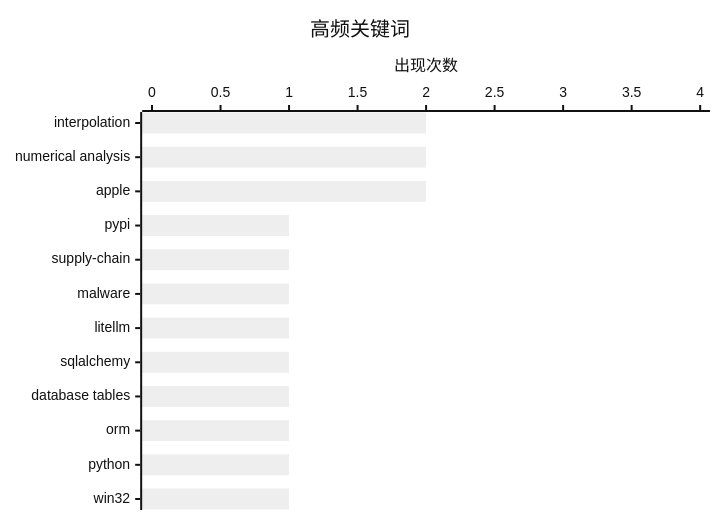
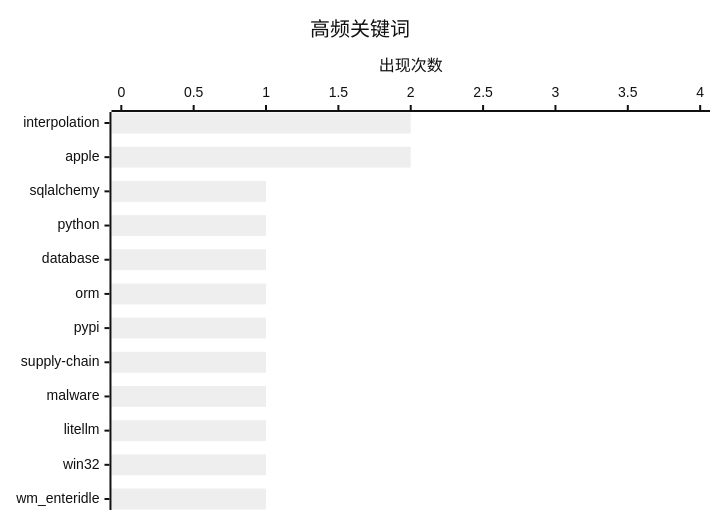
One commit to originem0/SZBlog changed the second of 2 diagrams in content/ai-daily/2026-03-27.md. Above: the diagram before and after it, drawn with Mermaid (neutral theme). The commit also changed other lines of this file, not shown here.

````diff
--- a/content/ai-daily/2026-03-27.md
+++ b/content/ai-daily/2026-03-27.md
@@ -69,7 +68,7 @@
 ```mermaid
 xychart-beta horizontal
     title "高频关键词"
-    x-axis ["interpolation", "numerical analysis", "apple", "pypi", "supply-chain", "malware", "litellm", "sqlalchemy", "database tables", "orm", "python", "win32"]
+    x-axis ["interpolation", "apple", "sqlalchemy", "python", "database", "orm", "pypi", "supply-chain", "malware", "litellm", "win32", "wm_enteridle"]
     y-axis "出现次数" 0 --> 4
-    bar [2, 2, 2, 1, 1, 1, 1, 1, 1, 1, 1, 1]
+    bar [2, 2, 1, 1, 1, 1, 1, 1, 1, 1, 1, 1]
 ```
````
